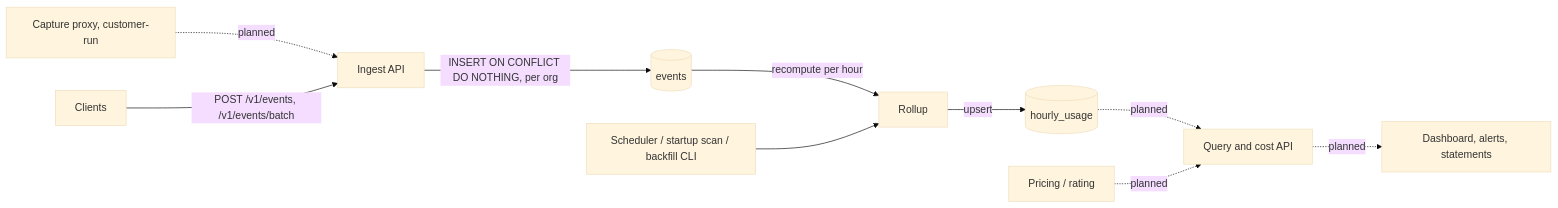
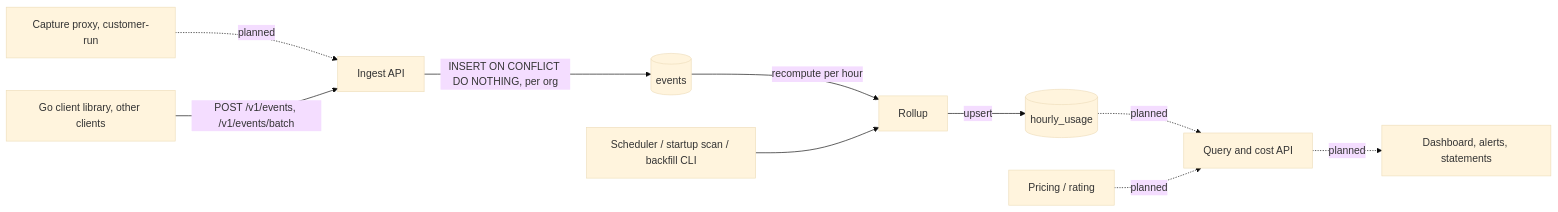
One commit to CheeseBurger7/llm-usage-meter changed the diagram in README.md. Above: the diagram before and after it, drawn with Mermaid (base theme). The commit also changed other lines of this file and 3 other files, not shown here.

Commit message:
docs: describe the Go client library

````diff
--- a/README.md
+++ b/README.md
@@ -79,12 +79,12 @@
 ```mermaid
 flowchart LR
     X[Capture proxy, customer-run] -.->|planned| I
-    C[Clients] -->|POST /v1/events, /v1/events/batch| I[Ingest API]
+    C[Go client library, other clients] -->|POST /v1/events, /v1/events/batch| I[Ingest API]
     I -->|INSERT ON CONFLICT DO NOTHING, per org| E[(events)]
     E -->|recompute per hour| R[Rollup]
     S[Scheduler / startup scan / backfill CLI] --> R
     R -->|upsert| H[(hourly_usage)]
     H -.->|planned| Q[Query and cost API]
     P[Pricing / rating] -.->|planned| Q
     Q -.->|planned| D[Dashboard, alerts, statements]
 ```
````
